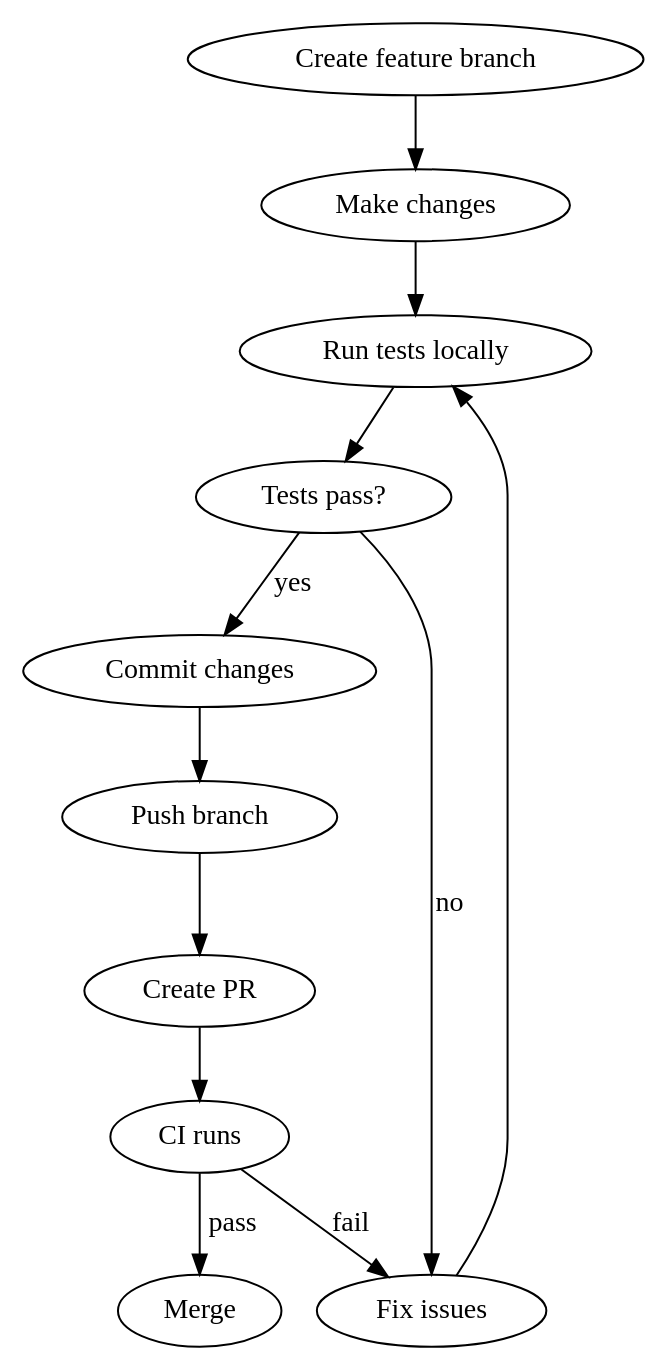
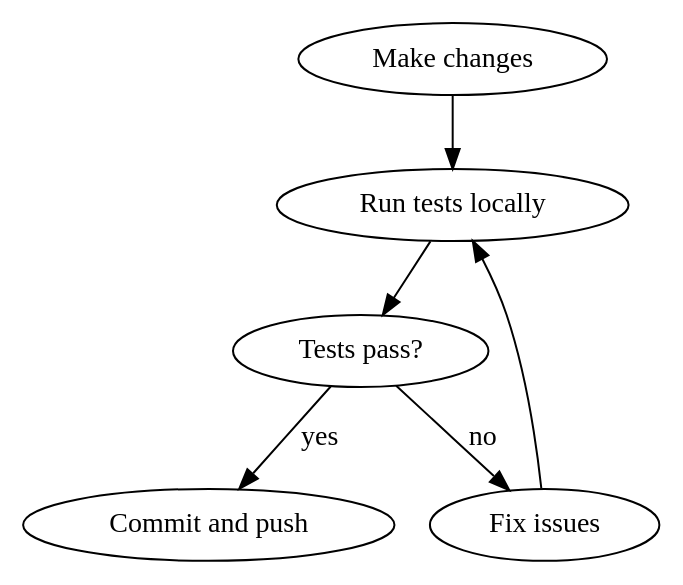
Before and after one commit to peternguyen777/personal-helper: the diagram in .claude/skills/test-commit-push.md, drawn with Graphviz. The commit also changed other lines of this file and 1 other file, not shown here.

````diff
--- a/.claude/skills/test-commit-push.md
+++ b/.claude/skills/test-commit-push.md
@@ -14,15 +14,9 @@
 ```dot
 digraph workflow {
-    "Create feature branch" -> "Make changes";
     "Make changes" -> "Run tests locally";
     "Run tests locally" -> "Tests pass?" [shape=diamond];
-    "Tests pass?" -> "Commit changes" [label="yes"];
+    "Tests pass?" -> "Commit and push" [label="yes"];
     "Tests pass?" -> "Fix issues" [label="no"];
     "Fix issues" -> "Run tests locally";
-    "Commit changes" -> "Push branch";
-    "Push branch" -> "Create PR";
-    "Create PR" -> "CI runs";
-    "CI runs" -> "Merge" [label="pass"];
-    "CI runs" -> "Fix issues" [label="fail"];
 }
 ```
````
